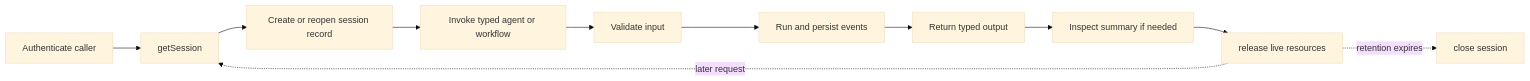
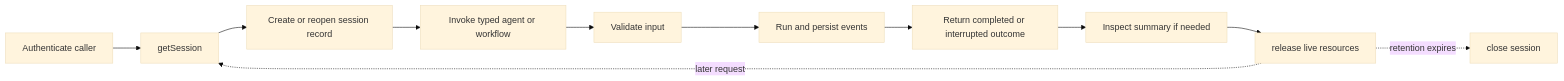
One commit to puristajs/purista changed the diagram in web/src/content/handbook/harness/build-agents/sessions-and-execution.md. Above: the diagram before and after it, drawn with Mermaid (base theme). The commit also changed other lines of this file and 593 other files, not shown here.

````diff
--- a/web/src/content/handbook/harness/build-agents/sessions-and-execution.md
+++ b/web/src/content/handbook/harness/build-agents/sessions-and-execution.md
@@ -16,14 +16,14 @@
 ```mermaid title="Session and run lifecycle"
 flowchart LR
   A[Authenticate caller] --> B[getSession]
   B --> C[Create or reopen session record]
   C --> D[Invoke typed agent or workflow]
   D --> E[Validate input]
   E --> F[Run and persist events]
-  F --> G[Return typed output]
+  F --> G[Return completed or interrupted outcome]
   G --> H[Inspect summary if needed]
   H --> I[release live resources]
 
   I -. later request .-> B
   I -. retention expires .-> J[close session]
 ```
````
